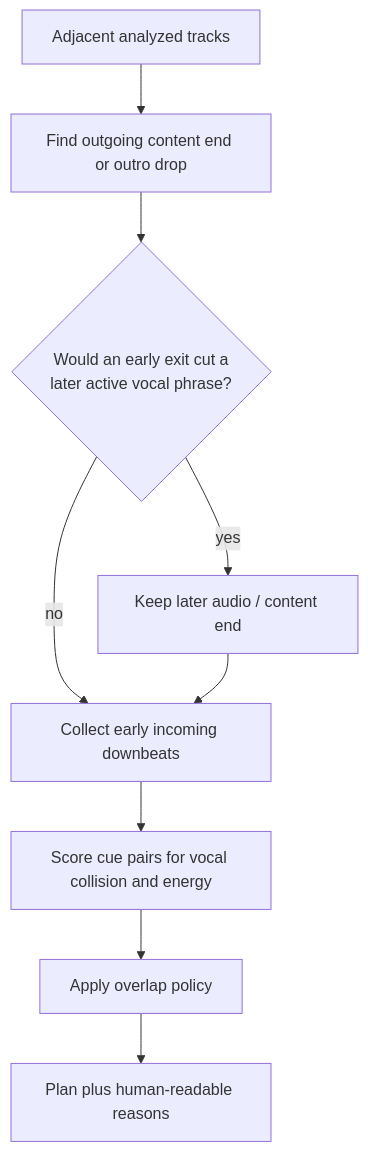
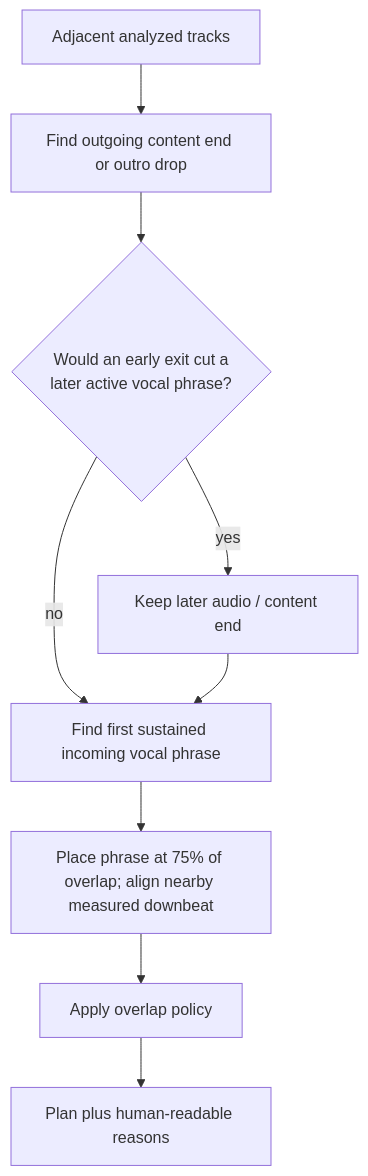
Before and after one commit to rishabh1057d/automix-lab: the third of 4 diagrams in README.md, drawn with Mermaid. The commit also changed other lines of this file and 8 other files, not shown here.

Commit message:
Align incoming vocals and retime AutoMix handoff (#17)

````diff
--- a/README.md
+++ b/README.md
@@ -94,11 +95,11 @@
 ```mermaid
 flowchart TD
   S[Adjacent analyzed tracks] --> O[Find outgoing content end or outro drop]
   O --> G{Would an early exit cut a<br/>later active vocal phrase?}
   G -->|yes| KEEP[Keep later audio / content end]
-  G -->|no| IN[Collect early incoming downbeats]
+  G -->|no| IN[Find first sustained incoming vocal phrase]
   KEEP --> IN
-  IN --> SCORE[Score cue pairs for vocal collision and energy]
+  IN --> SCORE[Place phrase at 75% of overlap; align nearby measured downbeat]
   SCORE --> LEN[Apply overlap policy]
   LEN --> OUT[Plan plus human-readable reasons]
 ```
````
